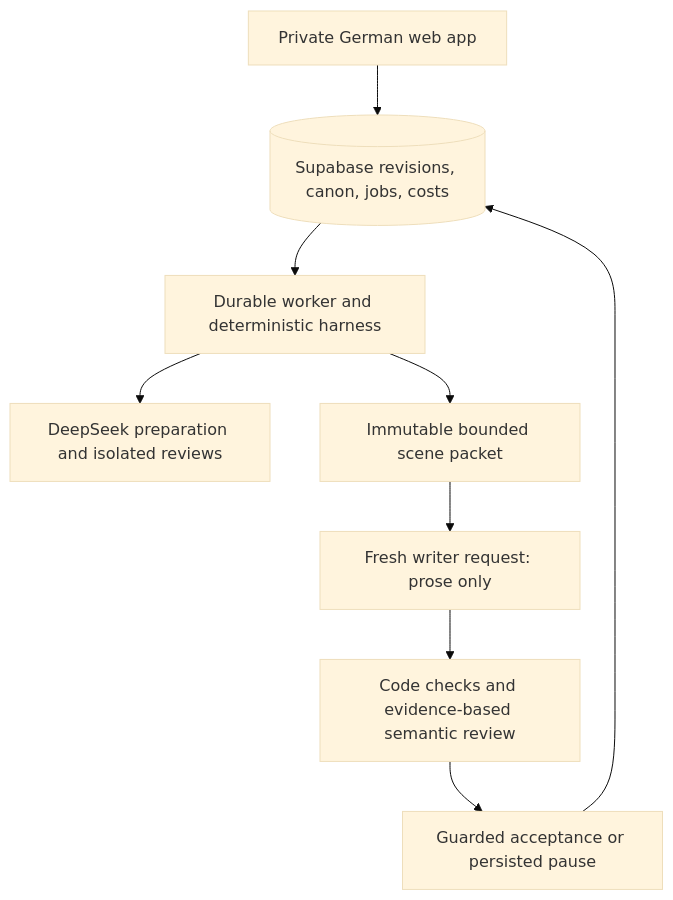
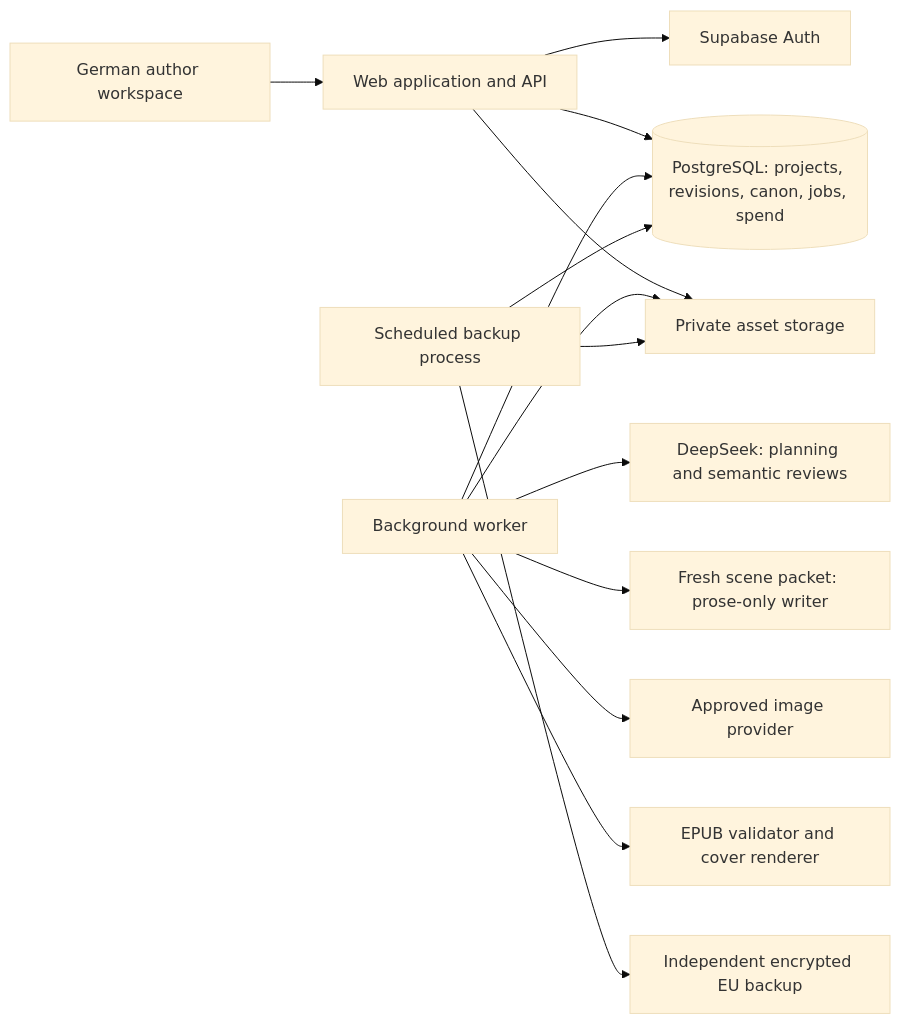
The diagram in docs/architecture.md (playa77/ebook-publishing-platform), drawn with Mermaid (base theme) before and after one commit. The commit also changed other lines of this file and 10 other files, not shown here.

````diff
--- a/docs/architecture.md
+++ b/docs/architecture.md
@@ -58,11 +172,16 @@
 ```mermaid
-flowchart TD
-    UI[Private German web app] --> DB[(Supabase revisions, canon, jobs, costs)]
-    DB --> W[Durable worker and deterministic harness]
-    W --> O[DeepSeek preparation and isolated reviews]
-    W --> P[Immutable bounded scene packet]
-    P --> R[Fresh writer request: prose only]
-    R --> V[Code checks and evidence-based semantic review]
-    V --> G[Guarded acceptance or persisted pause]
-    G --> DB
+flowchart LR
+    A[German author workspace] --> W[Web application and API]
+    W --> H[Supabase Auth]
+    W --> D[(PostgreSQL: projects, revisions, canon, jobs, spend)]
+    W --> S[Private asset storage]
+    K[Background worker] --> D
+    K --> S
+    K --> O[DeepSeek: planning and semantic reviews]
+    K --> T[Fresh scene packet: prose-only writer]
+    K --> I[Approved image provider]
+    K --> V[EPUB validator and cover renderer]
+    B[Scheduled backup process] --> D
+    B --> S
+    B --> R[Independent encrypted EU backup]
 ```
````
